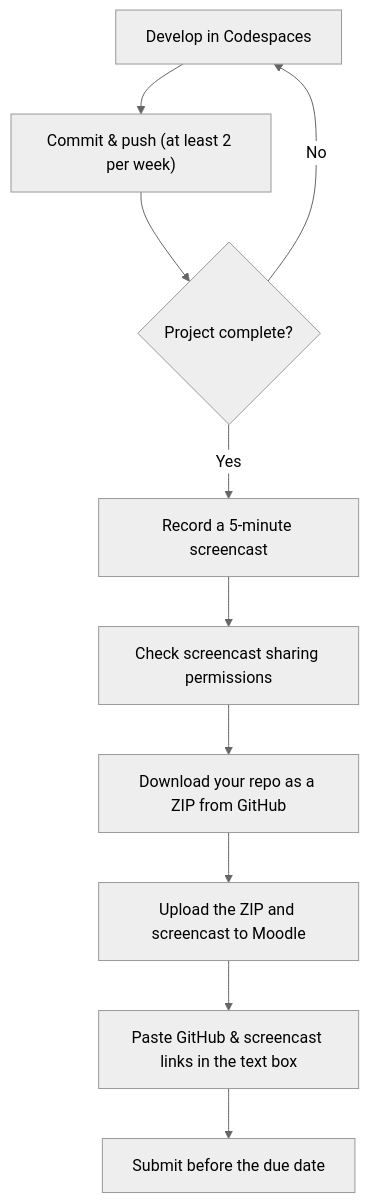
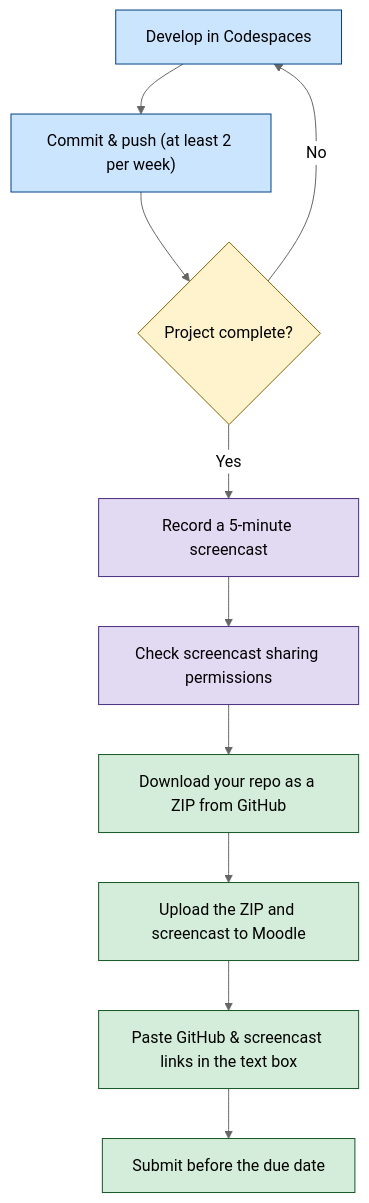
One commit to DanielCreggOrganization/aooc-project-template changed the fourth of 4 diagrams in project-brief.md. Above: the diagram before and after it, drawn with Mermaid (neutral theme). The commit also changed other lines of this file, not shown here.

First line of the commit message:
Simplify class diagram and add colour to brief diagrams

````diff
--- a/project-brief.md
+++ b/project-brief.md
@@ -139,12 +150,21 @@
 ```mermaid
 flowchart TD
     A[Develop in Codespaces] --> B["Commit & push (at least 2 per week)"]
     B --> C{Project complete?}
     C -->|No| A
     C -->|Yes| D[Record a 5-minute screencast]
     D --> E[Check screencast sharing permissions]
     E --> F[Download your repo as a ZIP from GitHub]
     F --> G[Upload the ZIP and screencast to Moodle]
     G --> H["Paste GitHub & screencast links in the text box"]
     H --> I[Submit before the due date]
+
+    classDef dev      fill:#cce5ff,stroke:#004085,color:#000
+    classDef decision fill:#fff3cd,stroke:#856404,color:#000
+    classDef cast     fill:#e2d9f3,stroke:#4b2e83,color:#000
+    classDef submit   fill:#d4edda,stroke:#155724,color:#000
+    class A,B dev
+    class C decision
+    class D,E cast
+    class F,G,H,I submit
 ```
````
